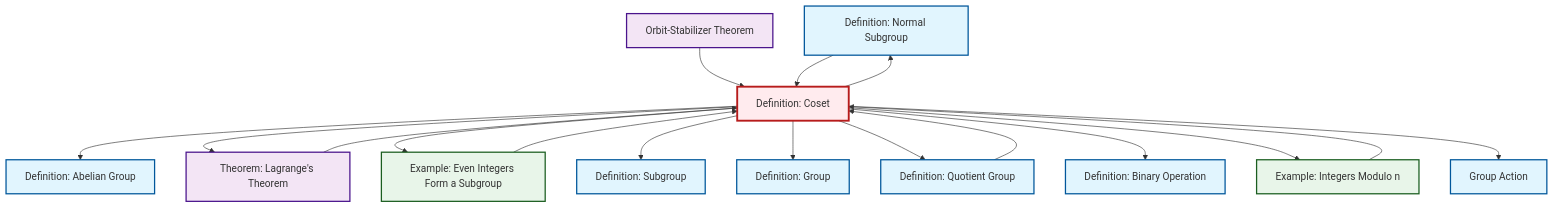
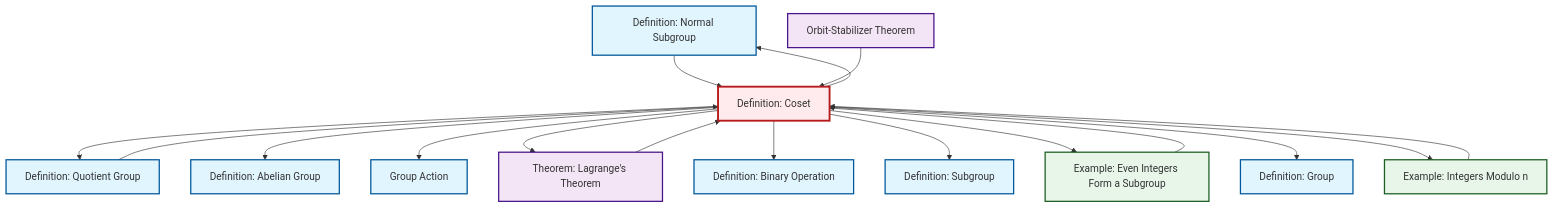
The diagram in content/ja/algebra/def-coset.qmd (RK0429/ModernMath), drawn with Mermaid before and after one commit. The commit also changed other lines of this file and 360 other files, not shown here.

````diff
--- a/content/ja/algebra/def-coset.qmd
+++ b/content/ja/algebra/def-coset.qmd
@@ -158,49 +158,49 @@
 ```{mermaid}
 %%| fig-cap: "Local dependency graph"
 graph TD
     classDef definition fill:#e1f5fe,stroke:#01579b,stroke-width:2px
     classDef theorem fill:#f3e5f5,stroke:#4a148c,stroke-width:2px
     classDef axiom fill:#fff3e0,stroke:#e65100,stroke-width:2px
     classDef example fill:#e8f5e9,stroke:#1b5e20,stroke-width:2px
     classDef current fill:#ffebee,stroke:#b71c1c,stroke-width:3px
+    def-normal-subgroup["Definition: Normal Subgroup"]:::definition
+    def-quotient-group["Definition: Quotient Group"]:::definition
+    ex-even-integers-subgroup["Example: Even Integers Form a Subgroup"]:::example
+    thm-orbit-stabilizer["Orbit-Stabilizer Theorem"]:::theorem
+    def-abelian-group["Definition: Abelian Group"]:::definition
+    thm-lagrange["Theorem: Lagrange's Theorem"]:::theorem
+    ex-quotient-integers-mod-n["Example: Integers Modulo n"]:::example
+    def-coset["Definition: Coset"]:::definition
+    def-group-action["Group Action"]:::definition
+    def-group["Definition: Group"]:::definition
     def-binary-operation["Definition: Binary Operation"]:::definition
-    def-abelian-group["Definition: Abelian Group"]:::definition
-    def-normal-subgroup["Definition: Normal Subgroup"]:::definition
-    ex-even-integers-subgroup["Example: Even Integers Form a Subgroup"]:::example
-    ex-quotient-integers-mod-n["Example: Integers Modulo n"]:::example
     def-subgroup["Definition: Subgroup"]:::definition
-    def-coset["Definition: Coset"]:::definition
-    def-group["Definition: Group"]:::definition
-    thm-orbit-stabilizer["Orbit-Stabilizer Theorem"]:::theorem
-    thm-lagrange["Theorem: Lagrange's Theorem"]:::theorem
-    def-group-action["Group Action"]:::definition
-    def-quotient-group["Definition: Quotient Group"]:::definition
+    def-normal-subgroup --> def-coset
+    def-quotient-group --> def-coset
+    ex-quotient-integers-mod-n --> def-coset
+    def-coset --> def-quotient-group
     def-coset --> def-abelian-group
+    def-coset --> def-group-action
+    ex-even-integers-subgroup --> def-coset
+    def-coset --> thm-lagrange
+    def-coset --> def-binary-operation
     thm-orbit-stabilizer --> def-coset
+    def-coset --> def-subgroup
     thm-lagrange --> def-coset
-    def-coset --> thm-lagrange
+    def-coset --> def-normal-subgroup
     def-coset --> ex-even-integers-subgroup
-    def-coset --> def-subgroup
     def-coset --> def-group
-    ex-even-integers-subgroup --> def-coset
-    def-quotient-group --> def-coset
-    def-coset --> def-quotient-group
-    def-normal-subgroup --> def-coset
-    ex-quotient-integers-mod-n --> def-coset
-    def-coset --> def-normal-subgroup
-    def-coset --> def-binary-operation
     def-coset --> ex-quotient-integers-mod-n
-    def-coset --> def-group-action
     class def-coset current
+    click def-normal-subgroup "def-normal-subgroup.html" "Definition: Normal Subgroupへ"
+    click def-quotient-group "def-quotient-group.html" "Definition: Quotient Groupへ"
+    click ex-even-integers-subgroup "ex-even-integers-subgroup.html" "Example: Even Integers Form a Subgroupへ"
+    click thm-orbit-stabilizer "thm-orbit-stabilizer.html" "Orbit-Stabilizer Theoremへ"
+    click def-abelian-group "def-abelian-group.html" "Definition: Abelian Groupへ"
+    click thm-lagrange "thm-lagrange.html" "Theorem: Lagrange's Theoremへ"
+    click ex-quotient-integers-mod-n "ex-quotient-integers-mod-n.html" "Example: Integers Modulo nへ"
+    click def-group-action "def-group-action.html" "Group Actionへ"
+    click def-group "def-group.html" "Definition: Groupへ"
     click def-binary-operation "def-binary-operation.html" "Definition: Binary Operationへ"
-    click def-abelian-group "def-abelian-group.html" "Definition: Abelian Groupへ"
-    click def-normal-subgroup "def-normal-subgroup.html" "Definition: Normal Subgroupへ"
-    click ex-even-integers-subgroup "ex-even-integers-subgroup.html" "Example: Even Integers Form a Subgroupへ"
-    click ex-quotient-integers-mod-n "ex-quotient-integers-mod-n.html" "Example: Integers Modulo nへ"
     click def-subgroup "def-subgroup.html" "Definition: Subgroupへ"
-    click def-group "def-group.html" "Definition: Groupへ"
-    click thm-orbit-stabilizer "thm-orbit-stabilizer.html" "Orbit-Stabilizer Theoremへ"
-    click thm-lagrange "thm-lagrange.html" "Theorem: Lagrange's Theoremへ"
-    click def-group-action "def-group-action.html" "Group Actionへ"
-    click def-quotient-group "def-quotient-group.html" "Definition: Quotient Groupへ"
 ```
````
